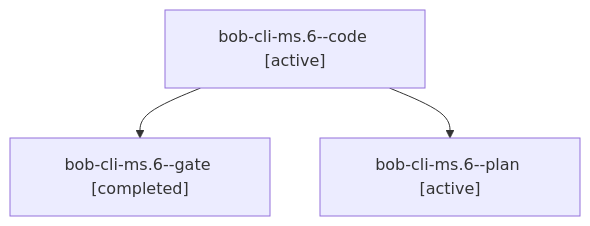
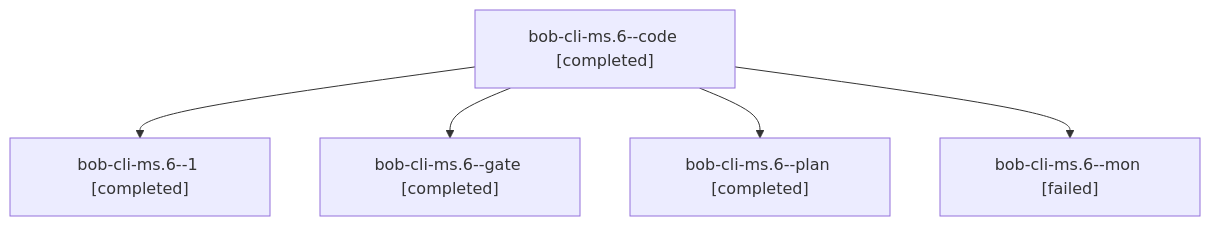
One commit to bobs-org/bob-cli--agents changed the diagram in sessions/bbugyi200.apollo.bob-cli-ms.6.md. Above: the diagram before and after it, drawn with Mermaid. The commit also changed other lines of this file and 51 other files, not shown here.

````diff
--- a/sessions/bbugyi200.apollo.bob-cli-ms.6.md
+++ b/sessions/bbugyi200.apollo.bob-cli-ms.6.md
@@ -9,8 +9,12 @@
 ```mermaid
 flowchart TD
-  n0["bob-cli-ms.6--code [active]"]
-  n1["bob-cli-ms.6--gate [completed]"]
+  n0["bob-cli-ms.6--code [completed]"]
+  n1["bob-cli-ms.6--1 [completed]"]
   n0 --> n1
-  n2["bob-cli-ms.6--plan [active]"]
+  n2["bob-cli-ms.6--gate [completed]"]
   n0 --> n2
+  n3["bob-cli-ms.6--plan [completed]"]
+  n0 --> n3
+  n4["bob-cli-ms.6--mon [failed]"]
+  n0 --> n4
 ```
````
